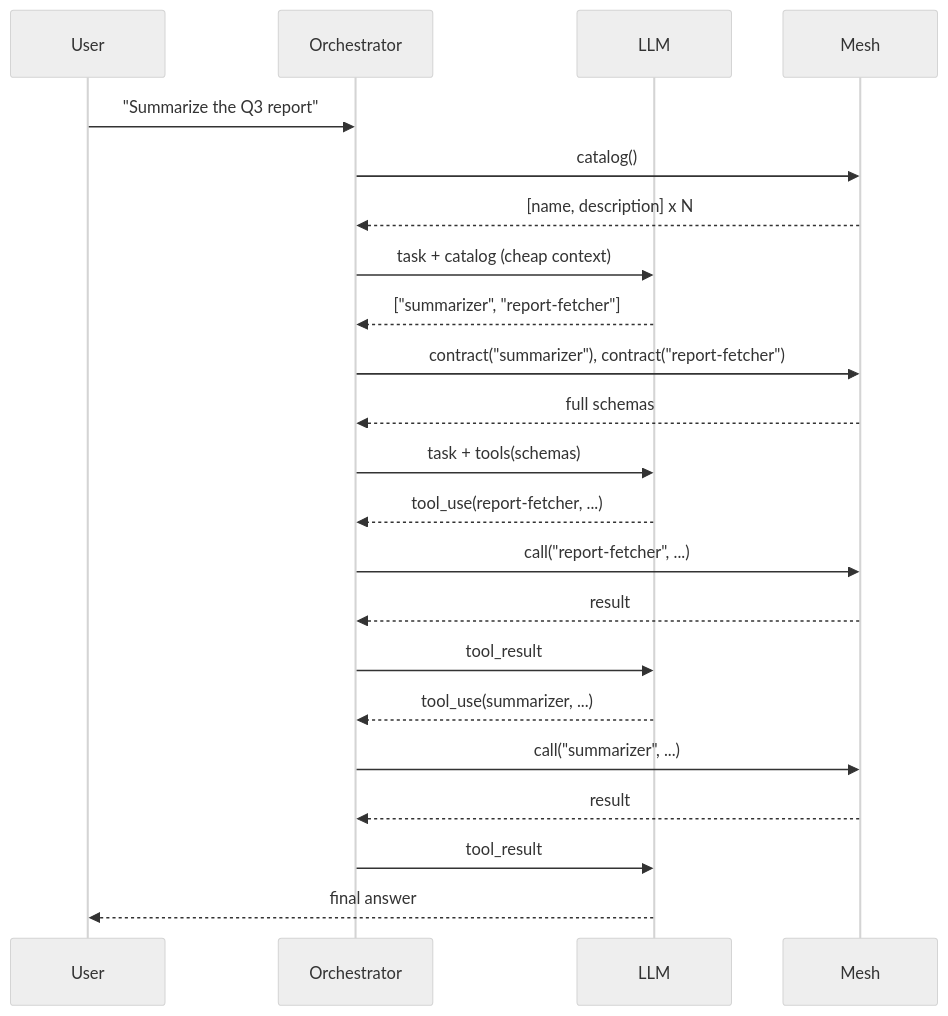
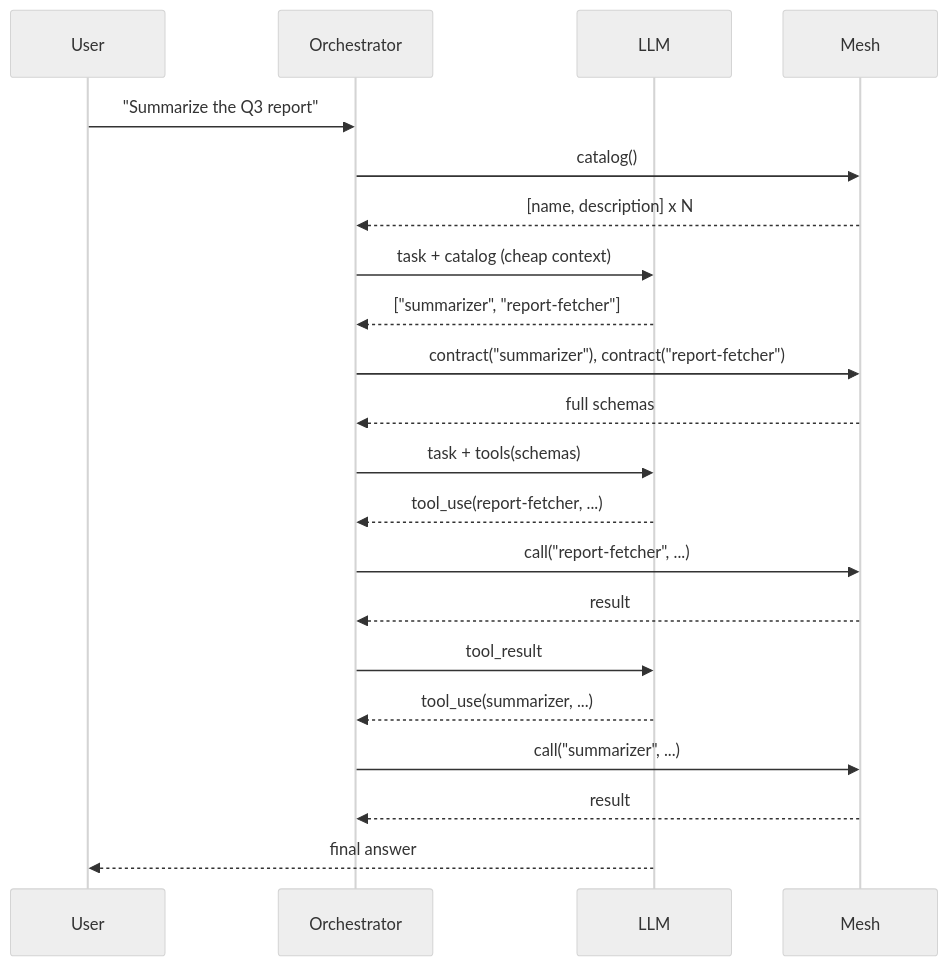
One commit to openagentmesh/openagentmesh changed the diagram in docs/cookbook/llm-tool-selection.md. Above: the diagram before and after it, drawn with Mermaid (neutral theme). The commit also changed other lines of this file and 8 other files, not shown here.

````diff
--- a/docs/cookbook/llm-tool-selection.md
+++ b/docs/cookbook/llm-tool-selection.md
@@ -9,25 +24,24 @@
 ```mermaid
 sequenceDiagram
     participant User
     participant Orchestrator
     participant LLM
     participant Mesh
 
     User->>Orchestrator: "Summarize the Q3 report"
     Orchestrator->>Mesh: catalog()
     Mesh-->>Orchestrator: [name, description] x N
     Orchestrator->>LLM: task + catalog (cheap context)
     LLM-->>Orchestrator: ["summarizer", "report-fetcher"]
     Orchestrator->>Mesh: contract("summarizer"), contract("report-fetcher")
     Mesh-->>Orchestrator: full schemas
     Orchestrator->>LLM: task + tools(schemas)
     LLM-->>Orchestrator: tool_use(report-fetcher, ...)
     Orchestrator->>Mesh: call("report-fetcher", ...)
     Mesh-->>Orchestrator: result
     Orchestrator->>LLM: tool_result
     LLM-->>Orchestrator: tool_use(summarizer, ...)
     Orchestrator->>Mesh: call("summarizer", ...)
     Mesh-->>Orchestrator: result
-    Orchestrator->>LLM: tool_result
     LLM-->>User: final answer
 ```
````
